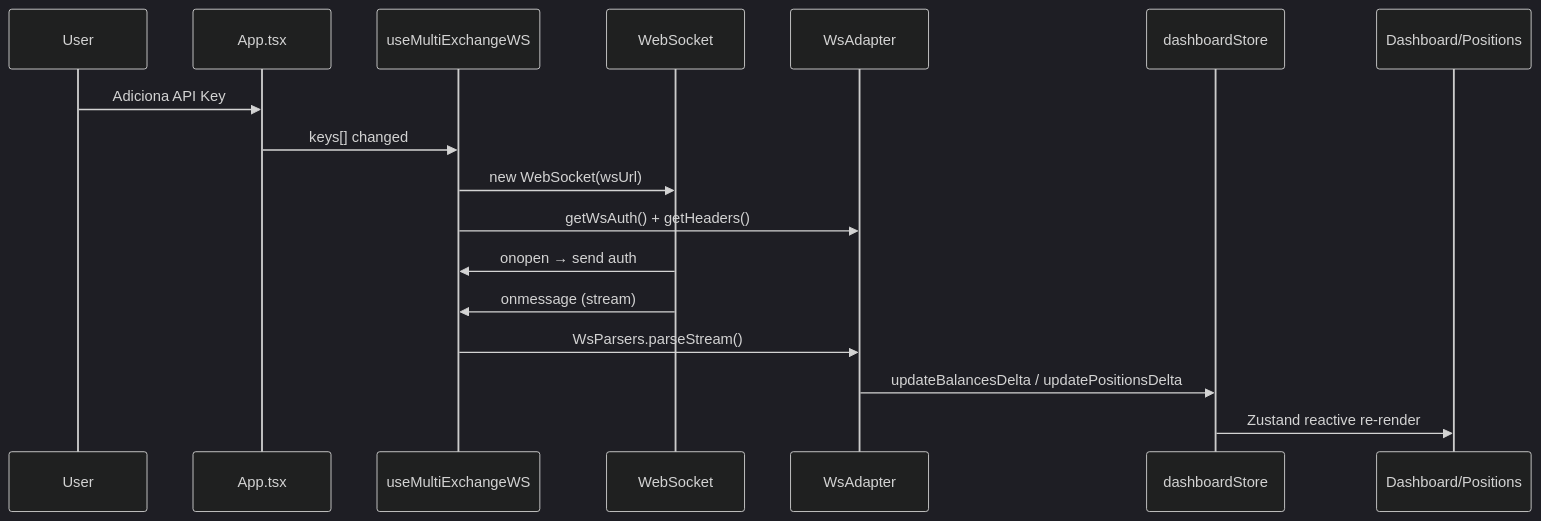
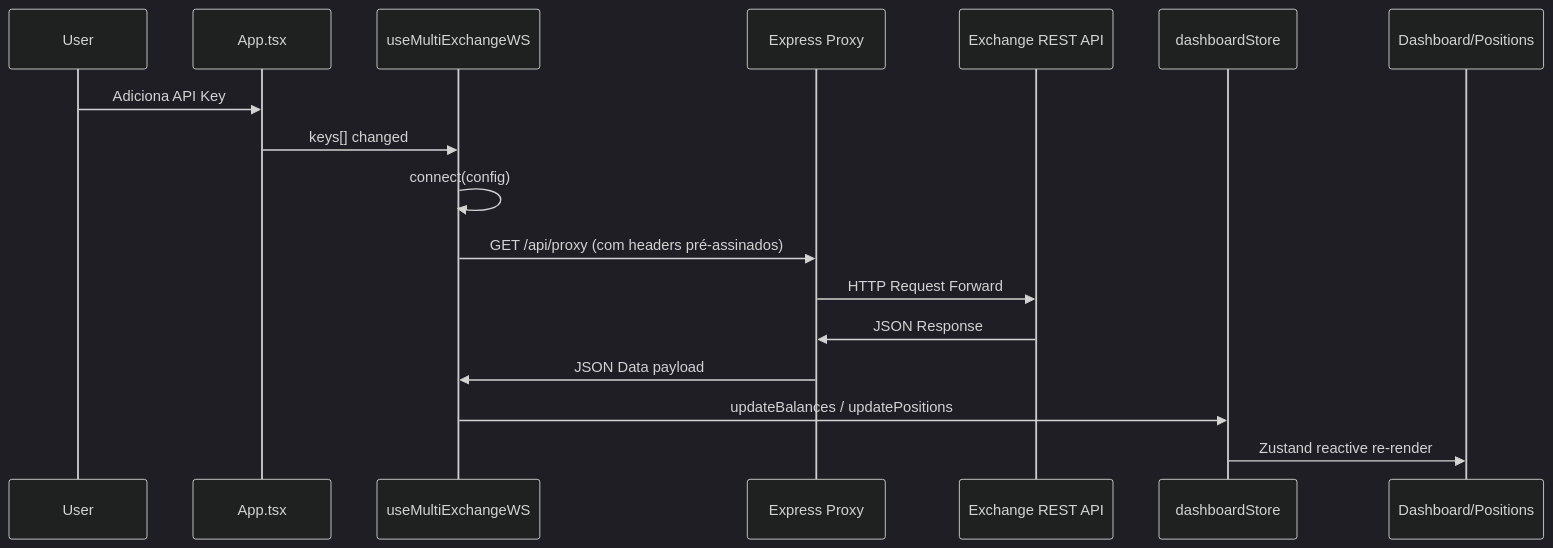
The second of 2 diagrams in specs/walkthrough.md (fapdev77/crypto-dashboard), drawn with Mermaid (dark theme) before and after one commit. The commit also changed other lines of this file and 3 other files, not shown here.

First line of the commit message:
refactor: switch from WebSocket streams to REST polling

````diff
--- a/specs/walkthrough.md
+++ b/specs/walkthrough.md
@@ -221,20 +221,20 @@
 ```mermaid
 sequenceDiagram
     participant User
     participant App as App.tsx
     participant Hook as useMultiExchangeWS
-    participant WS as WebSocket
-    participant Adapter as WsAdapter
+    participant Proxy as Express Proxy
+    participant Exchange as Exchange REST API
     participant Store as dashboardStore
     participant UI as Dashboard/Positions
 
     User->>App: Adiciona API Key
     App->>Hook: keys[] changed
-    Hook->>WS: new WebSocket(wsUrl)
-    Hook->>Adapter: getWsAuth() + getHeaders()
-    WS->>Hook: onopen → send auth
-    WS->>Hook: onmessage (stream)
-    Hook->>Adapter: WsParsers.parseStream()
-    Adapter->>Store: updateBalancesDelta / updatePositionsDelta
+    Hook->>Hook: connect(config)
+    Hook->>Proxy: GET /api/proxy (com headers pré-assinados)
+    Proxy->>Exchange: HTTP Request Forward
+    Exchange->>Proxy: JSON Response
+    Proxy->>Hook: JSON Data payload
+    Hook->>Store: updateBalances / updatePositions
     Store->>UI: Zustand reactive re-render
 ```
````
